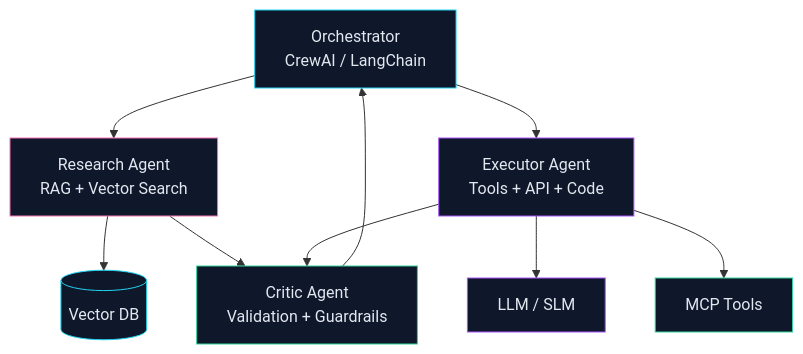
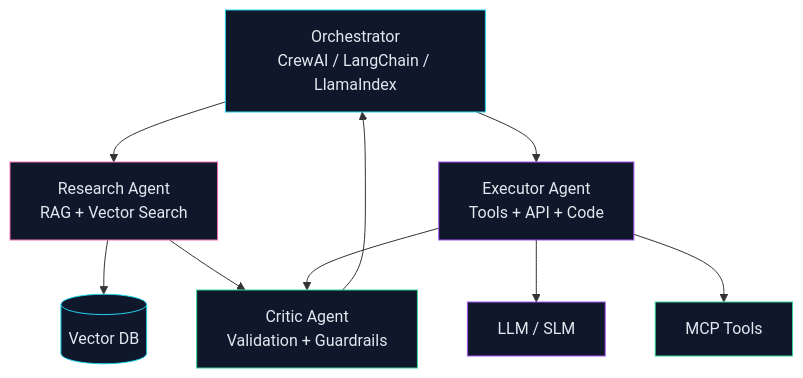
One commit to msabbaszadeh/msabbaszadeh changed the diagram in README.md. Above: the diagram before and after it, drawn with Mermaid. The commit also changed other lines of this file, not shown here.

````diff
--- a/README.md
+++ b/README.md
@@ -59,27 +59,27 @@
 ```mermaid
 flowchart TB
-    O[Orchestrator\nCrewAI / LangChain]
+    O[Orchestrator\nCrewAI / LangChain / LlamaIndex]
     R[Research Agent\nRAG + Vector Search]
     E[Executor Agent\nTools + API + Code]
     C[Critic Agent\nValidation + Guardrails]
     V[(Vector DB)]
     L[LLM / SLM]
     M[MCP Tools]
 
     O --> R
     O --> E
     R --> V
     E --> L
     E --> M
     R --> C
     E --> C
     C --> O
 
     style O fill:#0f172a,stroke:#22d3ee,color:#e2e8f0
     style R fill:#0f172a,stroke:#f472b6,color:#e2e8f0
     style E fill:#0f172a,stroke:#a855f7,color:#e2e8f0
     style C fill:#0f172a,stroke:#34d399,color:#e2e8f0
     style V fill:#0f172a,stroke:#22d3ee,color:#e2e8f0
     style L fill:#0f172a,stroke:#a855f7,color:#e2e8f0
     style M fill:#0f172a,stroke:#34d399,color:#e2e8f0
 ```
````
